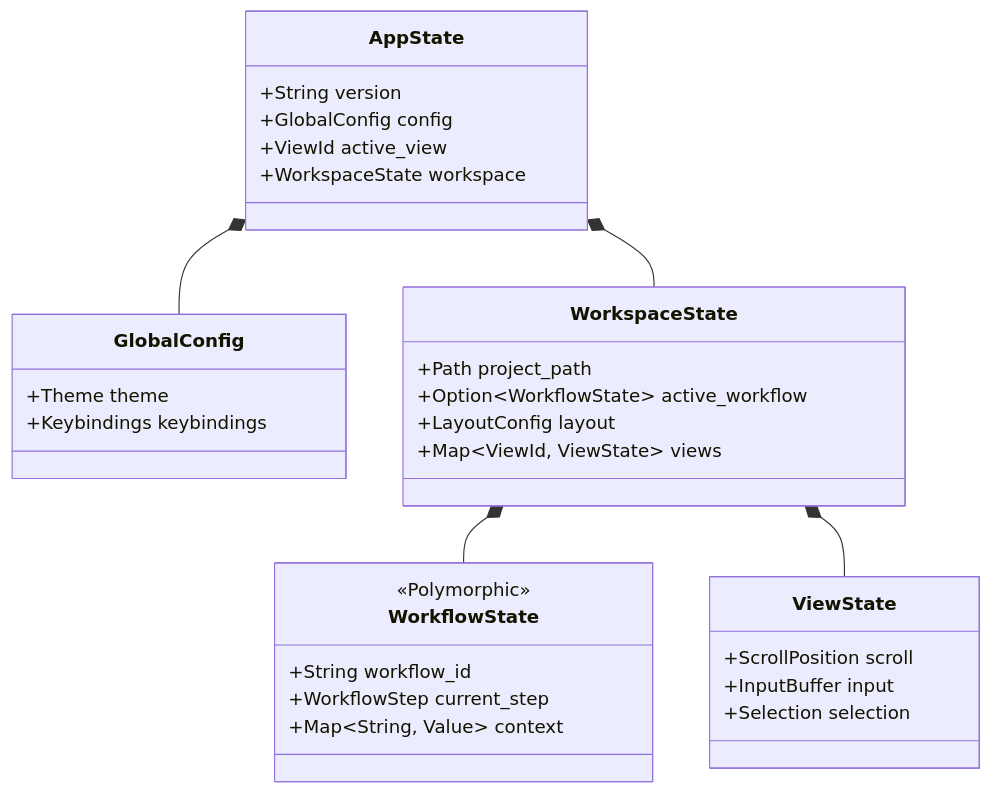
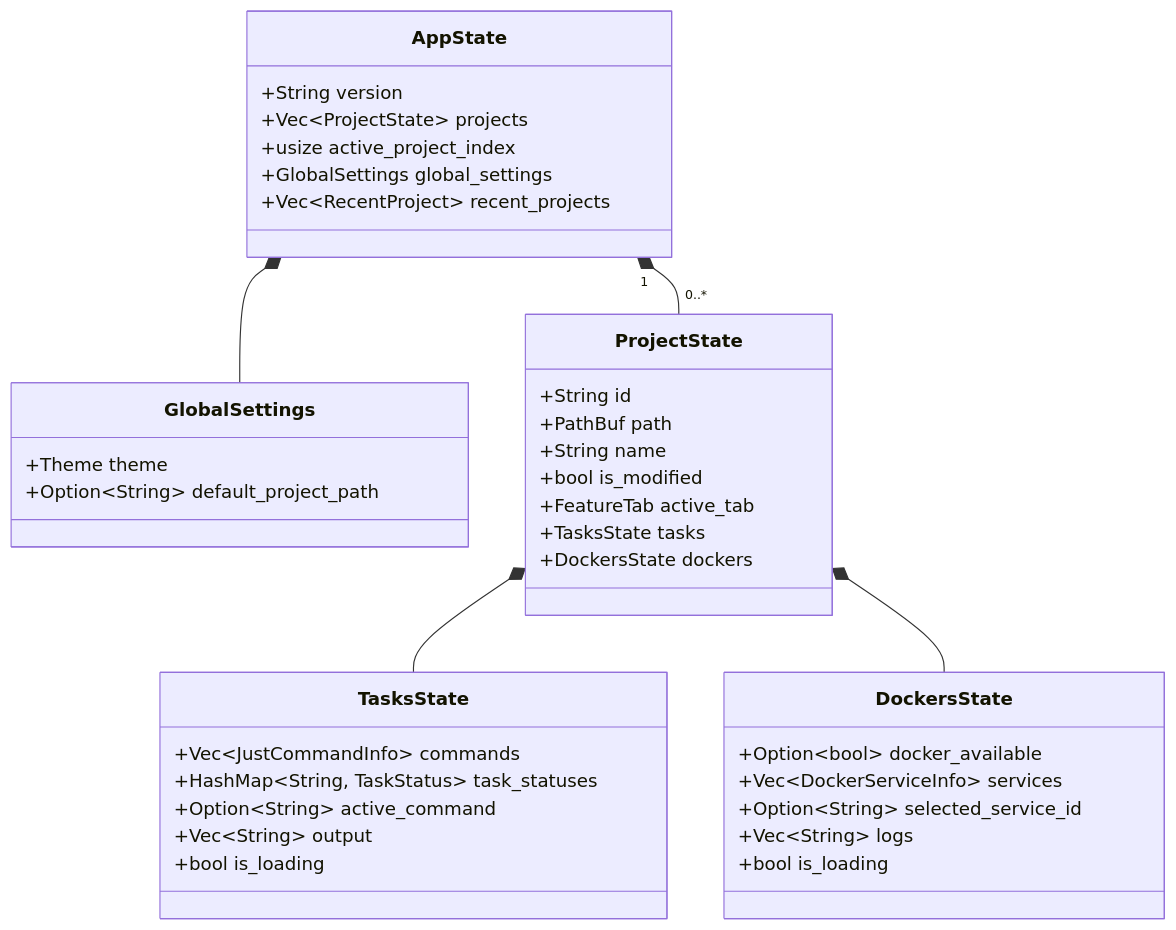
One commit to chrischeng-c4/rustation changed the diagram in kb/architecture/03-state-topology.md. Above: the diagram before and after it, drawn with Mermaid. The commit also changed other lines of this file and 57 other files, not shown here.

````diff
--- a/kb/architecture/03-state-topology.md
+++ b/kb/architecture/03-state-topology.md
@@ -30,39 +31,46 @@
 ```mermaid
 classDiagram
     class AppState {
         +String version
-        +GlobalConfig config
-        +ViewId active_view
-        +WorkspaceState workspace
+        +Vec~ProjectState~ projects
+        +usize active_project_index
+        +GlobalSettings global_settings
+        +Vec~RecentProject~ recent_projects
     }
 
-    class GlobalConfig {
+    class GlobalSettings {
         +Theme theme
-        +Keybindings keybindings
+        +Option~String~ default_project_path
     }
 
-    class WorkspaceState {
-        +Path project_path
-        +Option~WorkflowState~ active_workflow
-        +LayoutConfig layout
-        +Map~ViewId, ViewState~ views
+    class ProjectState {
+        +String id
+        +PathBuf path
+        +String name
+        +bool is_modified
+        +FeatureTab active_tab
+        +TasksState tasks
+        +DockersState dockers
     }
 
-    class WorkflowState {
-        <<Polymorphic>>
-        +String workflow_id
-        +WorkflowStep current_step
-        +Map~String, Value~ context
+    class TasksState {
+        +Vec~JustCommandInfo~ commands
+        +HashMap~String, TaskStatus~ task_statuses
+        +Option~String~ active_command
+        +Vec~String~ output
+        +bool is_loading
     }
 
-    class ViewState {
-        +ScrollPosition scroll
-        +InputBuffer input
-        +Selection selection
+    class DockersState {
+        +Option~bool~ docker_available
+        +Vec~DockerServiceInfo~ services
+        +Option~String~ selected_service_id
+        +Vec~String~ logs
+        +bool is_loading
     }
 
-    AppState *-- GlobalConfig
-    AppState *-- WorkspaceState
-    WorkspaceState *-- WorkflowState
-    WorkspaceState *-- ViewState
+    AppState *-- GlobalSettings
+    AppState "1" *-- "0..*" ProjectState
+    ProjectState *-- TasksState
+    ProjectState *-- DockersState
 ```
````
